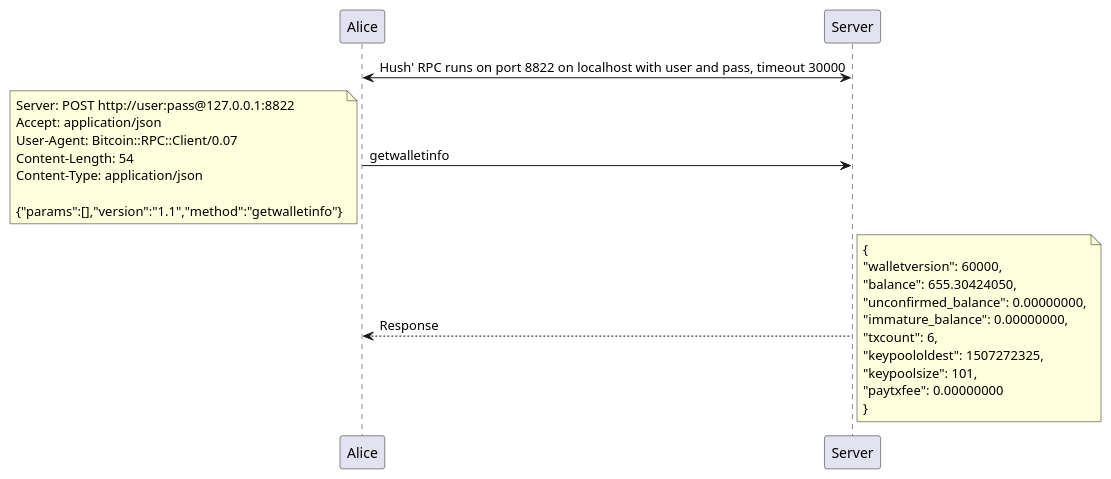
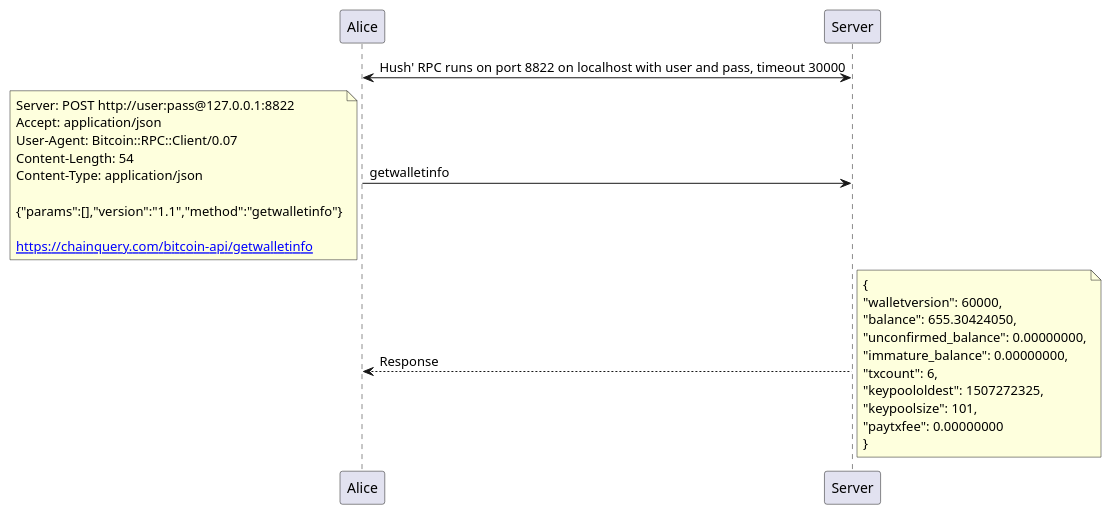
Before and after one commit to MyHush/messenger: the diagram in uml/bitcoin-client-communication-json-rpc-plantUML.wsd, drawn with PlantUML.

Commit message:
Added api reference in the UML

```diff
--- a/uml/bitcoin-client-communication-json-rpc-plantUML.wsd
+++ b/uml/bitcoin-client-communication-json-rpc-plantUML.wsd
@@ -1,29 +1,31 @@
 @startuml
 
 Alice <-> Server: Hush' RPC runs on port 8822 on localhost with user and pass, timeout 30000
 
 Alice -> Server: getwalletinfo
 note left
   Server: POST http://user:pass@127.0.0.1:8822
   Accept: application/json
   User-Agent: Bitcoin::RPC::Client/0.07
   Content-Length: 54
   Content-Type: application/json
 
   {"params":[],"version":"1.1","method":"getwalletinfo"}
+
+  [[https://chainquery.com/bitcoin-api/getwalletinfo]]
 end note
 
 Alice <-- Server: Response
 note right
   {
   "walletversion": 60000,
   "balance": 655.30424050,
   "unconfirmed_balance": 0.00000000,
   "immature_balance": 0.00000000,
   "txcount": 6,
   "keypoololdest": 1507272325,
   "keypoolsize": 101,
   "paytxfee": 0.00000000
   }
 end note
 @enduml
```
